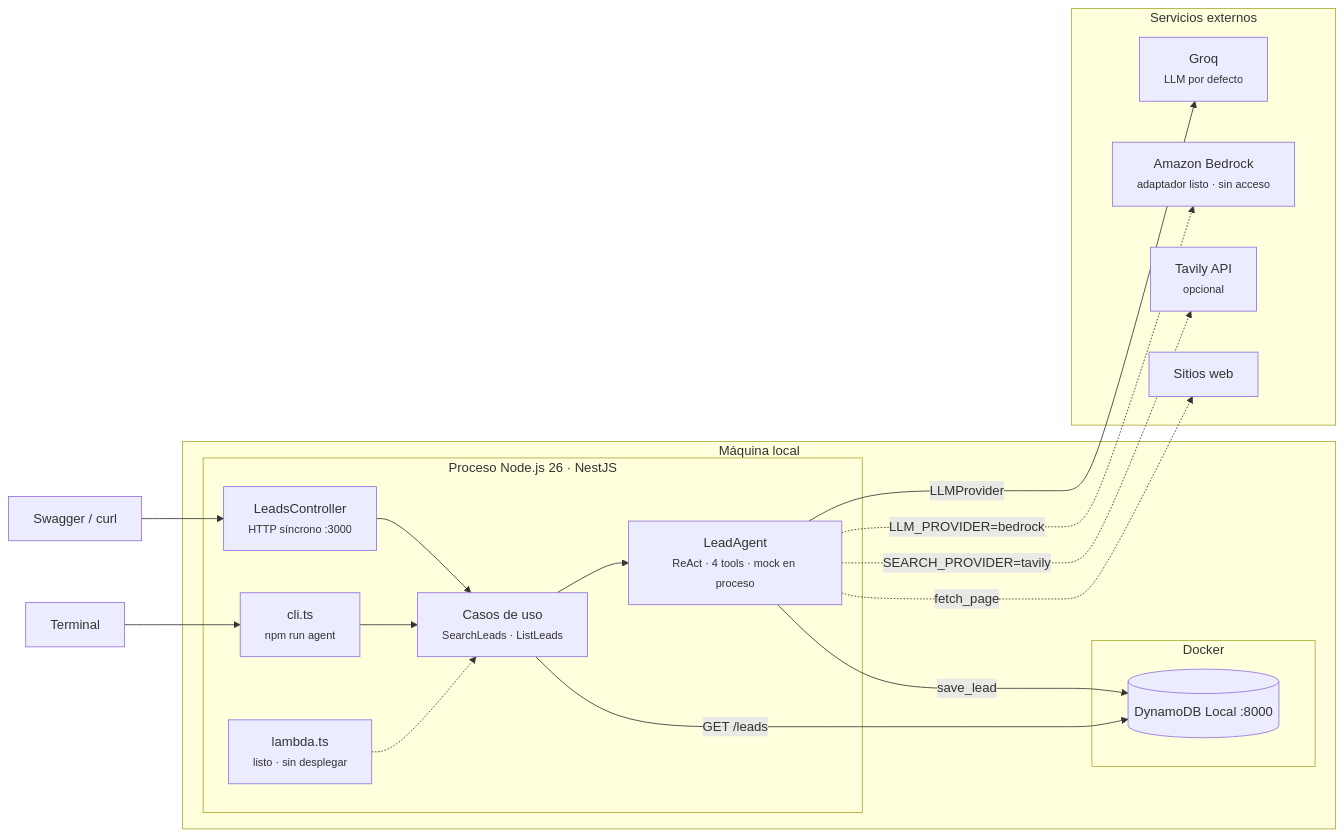
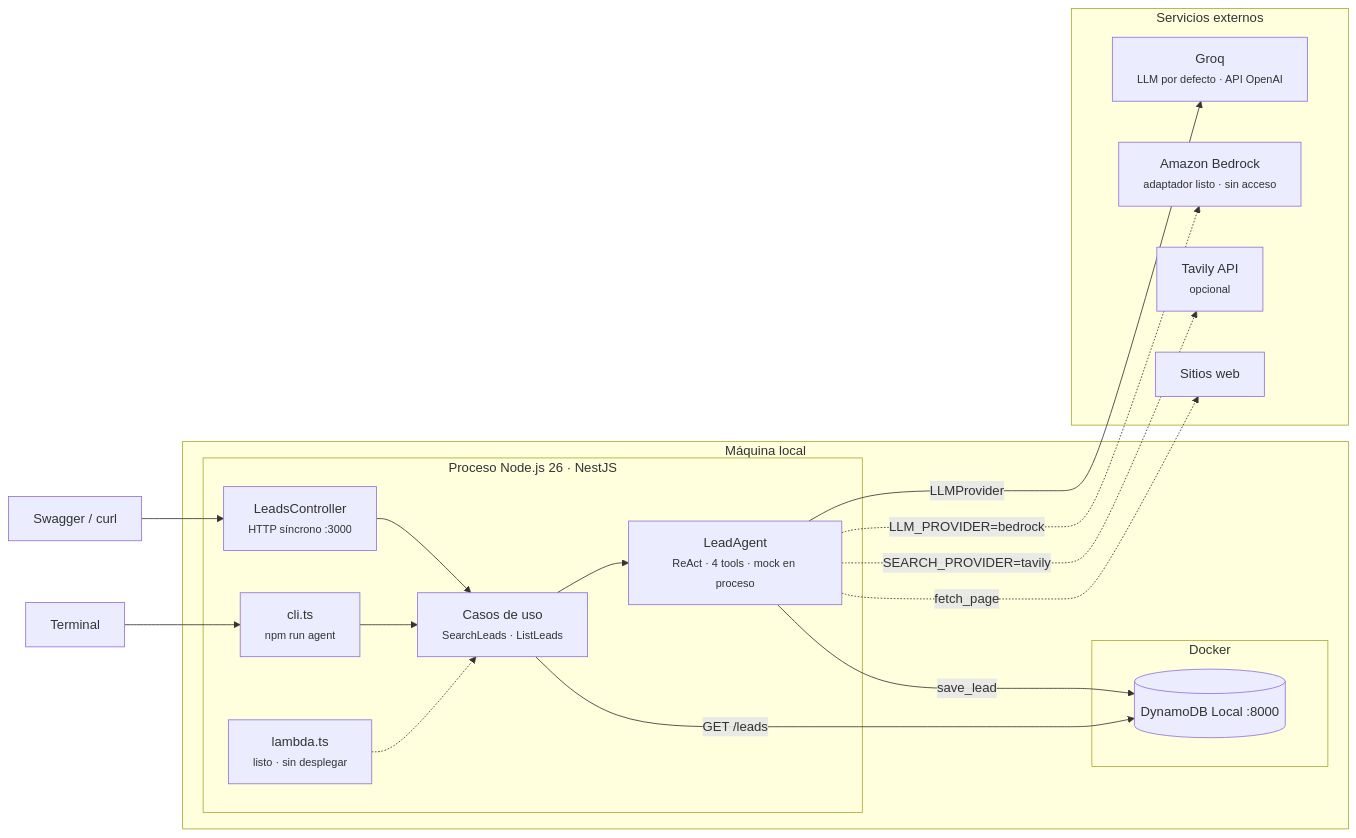
Before and after one commit to eduardoalvarado/lead-agent-tool: the diagram in docs/diagrams/architecture-poc.mmd, drawn with Mermaid. The commit also changed 22 other files, not shown here.

First line of the commit message:
refactor: proveedor LLM genérico compatible con OpenAI (Groq, Ollama y otros)

```diff
--- a/docs/diagrams/architecture-poc.mmd
+++ b/docs/diagrams/architecture-poc.mmd
@@ -1,35 +1,35 @@
 %% Lead Agent — PoC IMPLEMENTADA (lo que existe hoy y corre en local)
 flowchart LR
   swagger["Swagger / curl"]
   terminal["Terminal"]
 
   subgraph local["Máquina local"]
     subgraph node["Proceso Node.js 26 · NestJS"]
       controller["LeadsController<br/><small>HTTP síncrono :3000</small>"]
       cli["cli.ts<br/><small>npm run agent</small>"]
       lambdah["lambda.ts<br/><small>listo · sin desplegar</small>"]
       usecases["Casos de uso<br/><small>SearchLeads · ListLeads</small>"]
       agent["LeadAgent<br/><small>ReAct · 4 tools · mock en proceso</small>"]
     end
     subgraph docker["Docker"]
       dynamo[("DynamoDB Local :8000")]
     end
   end
 
   subgraph ext["Servicios externos"]
-    groq["Groq<br/><small>LLM por defecto</small>"]
+    groq["Groq<br/><small>LLM por defecto · API OpenAI</small>"]
     bedrock["Amazon Bedrock<br/><small>adaptador listo · sin acceso</small>"]
     tavily["Tavily API<br/><small>opcional</small>"]
     web["Sitios web"]
   end
 
   swagger --> controller --> usecases
   terminal --> cli --> usecases
   lambdah -.-> usecases
   usecases --> agent
   agent -- LLMProvider --> groq
   agent -. "LLM_PROVIDER=bedrock" .-> bedrock
   agent -. "SEARCH_PROVIDER=tavily" .-> tavily
   agent -. fetch_page .-> web
   agent -- save_lead --> dynamo
   usecases -- "GET /leads" --> dynamo
```
